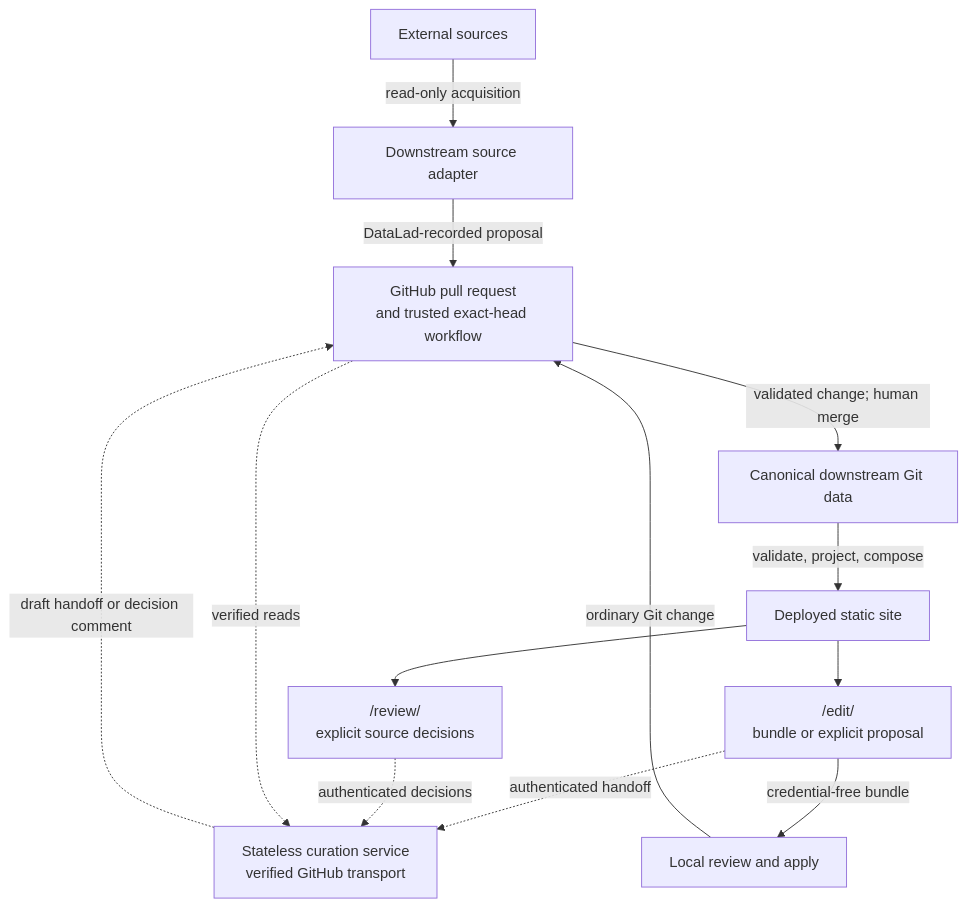
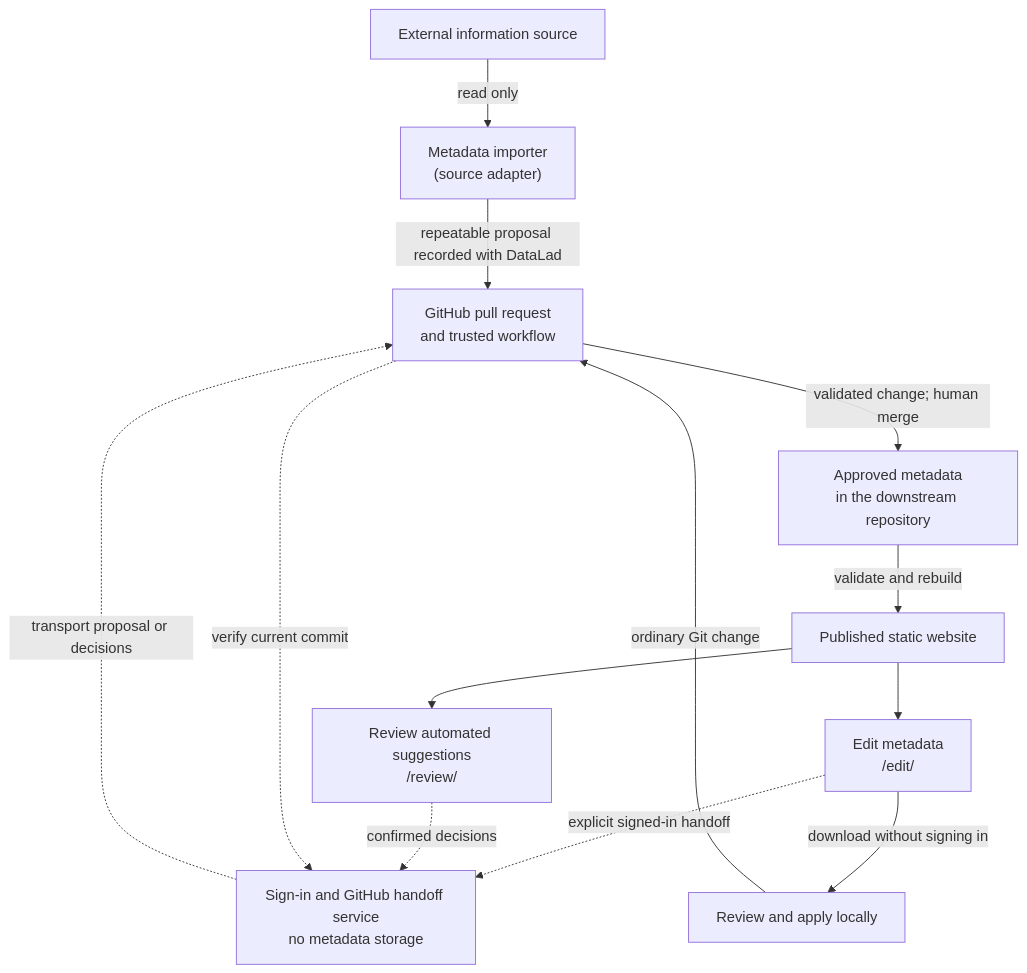
One commit to ORINOCO-Lite/orinoco-lite-dev changed the second of 2 diagrams in docs/project-design.md. Above: the diagram before and after it, drawn with Mermaid. The commit also changed other lines of this file, not shown here.

````diff
--- a/docs/project-design.md
+++ b/docs/project-design.md
@@ -151,21 +155,21 @@
 ```mermaid
 flowchart TB
-  sources["External sources"] -->|"read-only acquisition"| adapters["Downstream source adapter"]
-  adapters -->|"DataLad-recorded proposal"| github["GitHub pull request<br/>and trusted exact-head workflow"]
+  sources["External information source"] -->|"read only"| adapters["Metadata importer<br/>(source adapter)"]
+  adapters -->|"repeatable proposal recorded with DataLad"| github["GitHub pull request<br/>and trusted workflow"]
 
-  site["Deployed static site"] --> edit["/edit/<br/>bundle or explicit proposal"]
-  site --> review["/review/<br/>explicit source decisions"]
-  edit -->|"credential-free bundle"| local["Local review and apply"]
+  site["Published static website"] --> edit["Edit metadata<br/>/edit/"]
+  site --> review["Review automated suggestions<br/>/review/"]
+  edit -->|"download without signing in"| local["Review and apply locally"]
   local -->|"ordinary Git change"| github
-  edit -.->|"authenticated handoff"| service["Stateless curation service<br/>verified GitHub transport"]
-  review -.->|"authenticated decisions"| service
-  github -.->|"verified reads"| service
-  service -.->|"draft handoff or decision comment"| github
+  edit -.->|"explicit signed-in handoff"| service["Sign-in and GitHub handoff service<br/>no metadata storage"]
+  review -.->|"confirmed decisions"| service
+  github -.->|"verify current commit"| service
+  service -.->|"transport proposal or decisions"| github
 
-  github -->|"validated change; human merge"| canonical["Canonical downstream Git data"]
-  canonical -->|"validate, project, compose"| site
+  github -->|"validated change; human merge"| canonical["Approved metadata<br/>in the downstream repository"]
+  canonical -->|"validate and rebuild"| site
 
   click adapters "https://github.com/ORINOCO-Lite/orinoco-lite-dev/blob/main/docs/agents/contract/source-adapters.md" "Open the source-adapter contract"
   click service "https://github.com/ORINOCO-Lite/orinoco-lite-dev/tree/main/packages/curation-review-app" "Open the curation service"
   click github "https://github.com/ORINOCO-Lite/orinoco-lite-dev/tree/main/docs/agents/contract" "Open the normative contracts"
 ```
````
